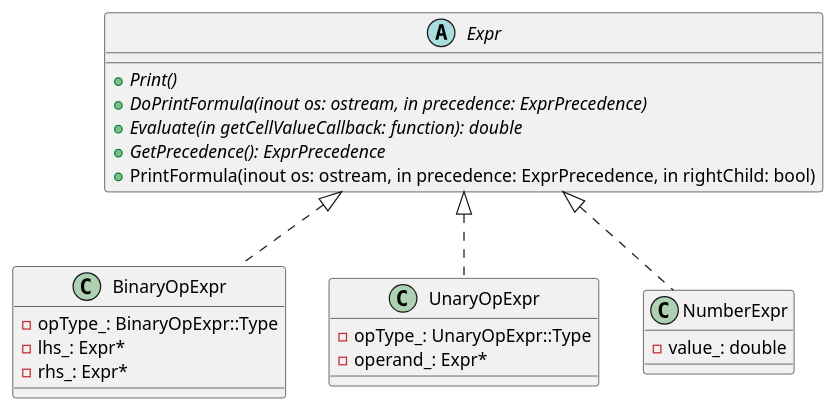
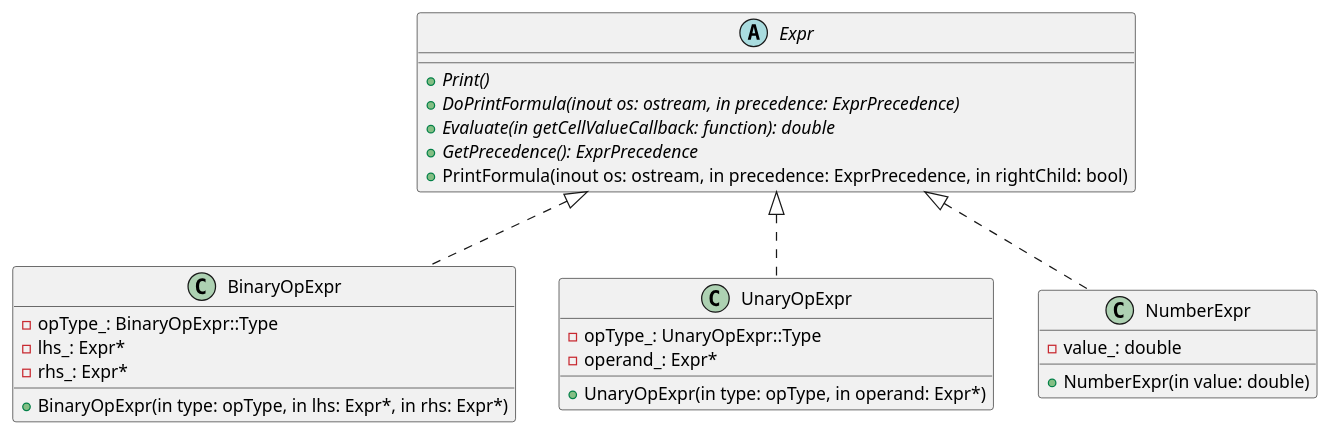
One commit to kazarynau/YandexPraktikumFinal changed the diagram in uml/expression.puml. Above: the diagram before and after it, drawn with PlantUML. The commit also changed 10 other files, not shown here.

```diff
--- a/uml/expression.puml
+++ b/uml/expression.puml
@@ -2,30 +2,33 @@
 @startuml
 
 abstract class Expr {
     +{abstract} Print()
     +{abstract} DoPrintFormula(inout os: ostream, in precedence: ExprPrecedence)
     +{abstract} Evaluate(in getCellValueCallback: function): double
     +{abstract} GetPrecedence(): ExprPrecedence
     +PrintFormula(inout os: ostream, in precedence: ExprPrecedence, in rightChild: bool)
 }
 
 class BinaryOpExpr {
+    +BinaryOpExpr(in type: opType, in lhs: Expr*, in rhs: Expr*)
     -opType_: BinaryOpExpr::Type
     -lhs_: Expr*
     -rhs_: Expr*
 }
 
 class UnaryOpExpr {
+    +UnaryOpExpr(in type: opType, in operand: Expr*)
     -opType_: UnaryOpExpr::Type
     -operand_: Expr*
 }
 
 class NumberExpr {
+    +NumberExpr(in value: double)
     -value_: double
 }
 
 class BinaryOpExpr implements Expr
 class UnaryOpExpr implements Expr
 class NumberExpr implements Expr
 
 @enduml
```
